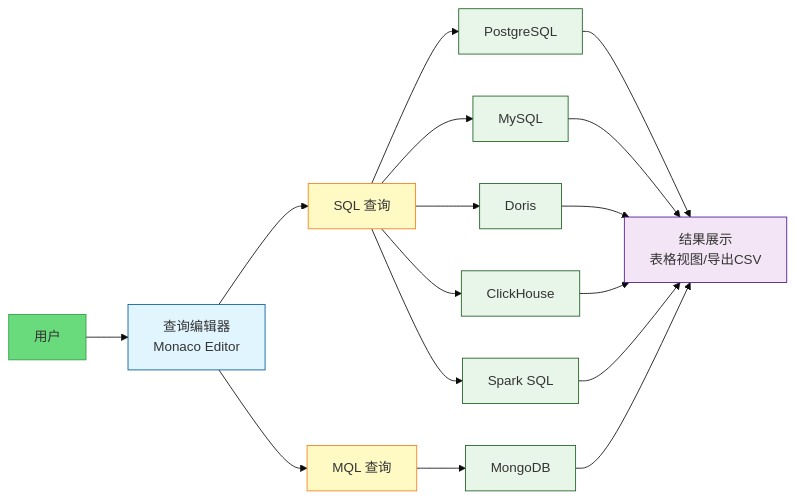
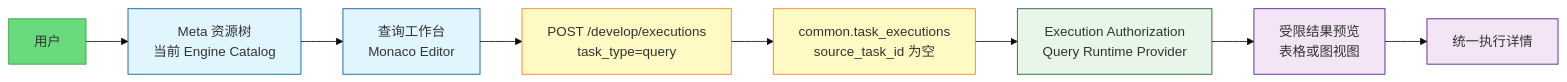
Before and after one commit to pampa0629/addp: the second of 5 diagrams in docs/concepts/addp数据开发体系图.md, drawn with Mermaid (base theme). The commit also changed other lines of this file and 293 other files, not shown here.

````diff
--- a/docs/concepts/addp数据开发体系图.md
+++ b/docs/concepts/addp数据开发体系图.md
@@ -71,28 +71,22 @@
 ```mermaid
 graph LR
-    User[用户] --> Editor[查询编辑器<br/>Monaco Editor]
-    Editor --> SQL[SQL 查询]
-    Editor --> MQL[MQL 查询]
-
-    SQL --> PG[PostgreSQL]
-    SQL --> MySQL[MySQL]
-    SQL --> Doris[Doris]
-    SQL --> CH[ClickHouse]
-    SQL --> Spark[Spark SQL]
-
-    MQL --> Mongo[MongoDB]
-
-    PG & MySQL & Doris & CH & Spark & Mongo --> Result[结果展示<br/>表格视图/导出CSV]
+    User[用户] --> Catalog[Meta 资源树<br/>当前 Engine Catalog]
+    Catalog --> Editor[查询工作台<br/>Monaco Editor]
+    Editor --> CreateExecution[POST /develop/executions<br/>task_type=query]
+    CreateExecution --> Unified[common.task_executions<br/>source_task_id 为空]
+    Unified --> Runtime[Execution Authorization<br/>Query Runtime Provider]
+    Runtime --> Result[受限结果预览<br/>表格或图视图]
+    Result --> Monitor[统一执行详情]
 
     classDef user fill:#69db7c,stroke:#2f9e44
     classDef editor fill:#e1f5ff,stroke:#01579b
     classDef query fill:#fff9c4,stroke:#f57f17
     classDef engine fill:#e8f5e9,stroke:#1b5e20
     classDef result fill:#f3e5f5,stroke:#4a148c
 
     class User user
-    class Editor editor
-    class SQL,MQL query
-    class PG,MySQL,Doris,CH,Spark,Mongo engine
-    class Result result
+    class Catalog,Editor editor
+    class CreateExecution,Unified query
+    class Runtime engine
+    class Result,Monitor result
 ```
````
